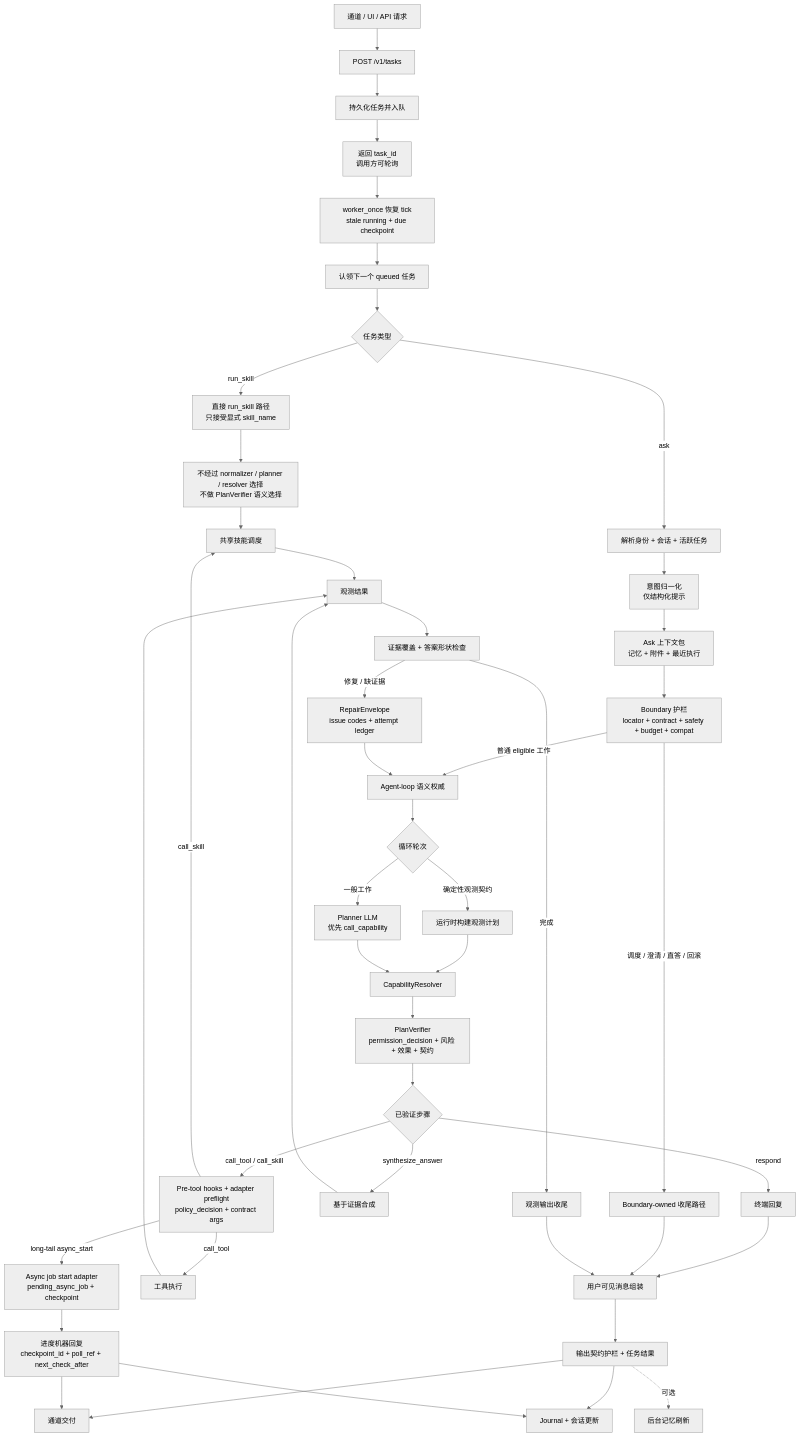
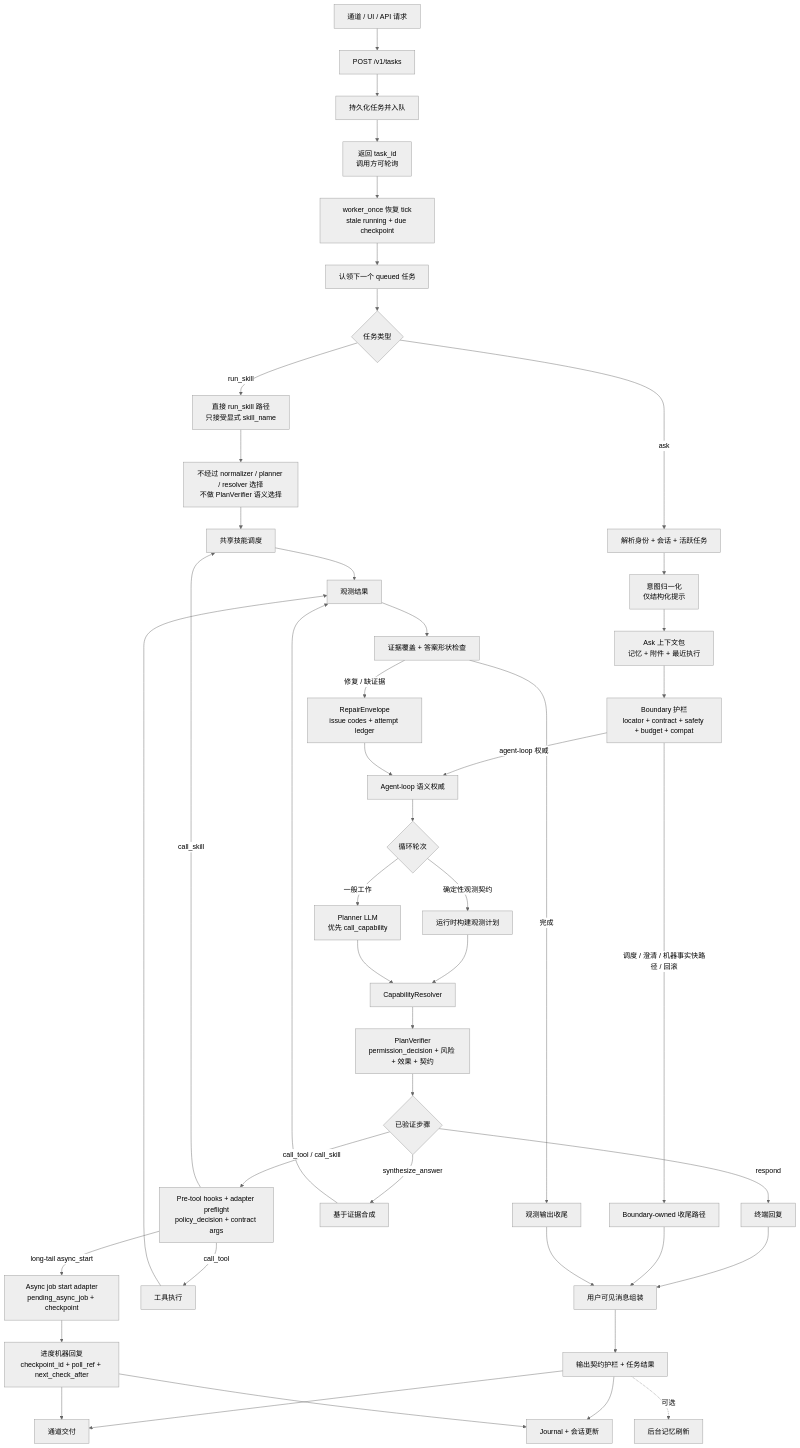
Before and after one commit to MatrixCoreX/RustClaw: the first of 3 diagrams in README.zh-CN.md, drawn with Mermaid (neutral theme). The commit also changed other lines of this file and 4 other files, not shown here.

````diff
--- a/README.zh-CN.md
+++ b/README.zh-CN.md
@@ -28,48 +28,48 @@
 ```mermaid
 flowchart TD
     A[通道 / UI / API 请求] --> B[POST /v1/tasks]
     B --> C[持久化任务并入队]
     C --> D[返回 task_id<br/>调用方可轮询]
     D --> E0[worker_once 恢复 tick<br/>stale running + due checkpoint]
     E0 --> E1[认领下一个 queued 任务]
     E1 --> E{任务类型}
     E -->|run_skill| RS[直接 run_skill 路径<br/>只接受显式 skill_name]
     E -->|ask| F[解析身份 + 会话 + 活跃任务]
     F --> G[意图归一化<br/>仅结构化提示]
     G --> H[Ask 上下文包<br/>记忆 + 附件 + 最近执行]
     H --> I[Boundary 护栏<br/>locator + contract + safety + budget + compat]
-    I -->|普通 eligible 工作| J[Agent-loop 语义权威]
-    I -->|调度 / 澄清 / 直答 / 回滚| K[Boundary-owned 收尾路径]
+    I -->|agent-loop 权威| J[Agent-loop 语义权威]
+    I -->|调度 / 澄清 / 机器事实快路径 / 回滚| K[Boundary-owned 收尾路径]
     J --> L{循环轮次}
     L -->|确定性观测契约| M[运行时构建观测计划]
     L -->|一般工作| N[Planner LLM<br/>优先 call_capability]
     M --> O[CapabilityResolver]
     N --> O
     O --> P[PlanVerifier<br/>permission_decision + 风险 + 效果 + 契约]
     P --> Q{已验证步骤}
     Q -->|respond| R[终端回复]
     Q -->|synthesize_answer| S[基于证据合成]
     Q -->|call_tool / call_skill| QP[Pre-tool hooks + adapter preflight<br/>policy_decision + contract args]
     QP -->|long-tail async_start| AS[Async job start adapter<br/>pending_async_job + checkpoint]
     AS --> ASP[进度机器回复<br/>checkpoint_id + poll_ref + next_check_after]
     QP -->|call_tool| T[工具执行]
     QP -->|call_skill| U[共享技能调度]
     RS --> RSG[不经过 normalizer / planner / resolver 选择<br/>不做 PlanVerifier 语义选择]
     RSG --> U
     T --> V[观测结果]
     U --> V
     S --> V
     V --> W[证据覆盖 + 答案形状检查]
     W -->|修复 / 缺证据| WR[RepairEnvelope<br/>issue codes + attempt ledger]
     WR --> J
     W -->|完成| X[观测输出收尾]
     R --> Y[用户可见消息组装]
     K --> Y
     X --> Y
     Y --> Z[输出契约护栏 + 任务结果]
     Z --> AA[通道交付]
     Z --> AB[Journal + 会话更新]
     ASP --> AA
     ASP --> AB
     Z -. 可选 .-> AC[后台记忆刷新]
 ```
````
